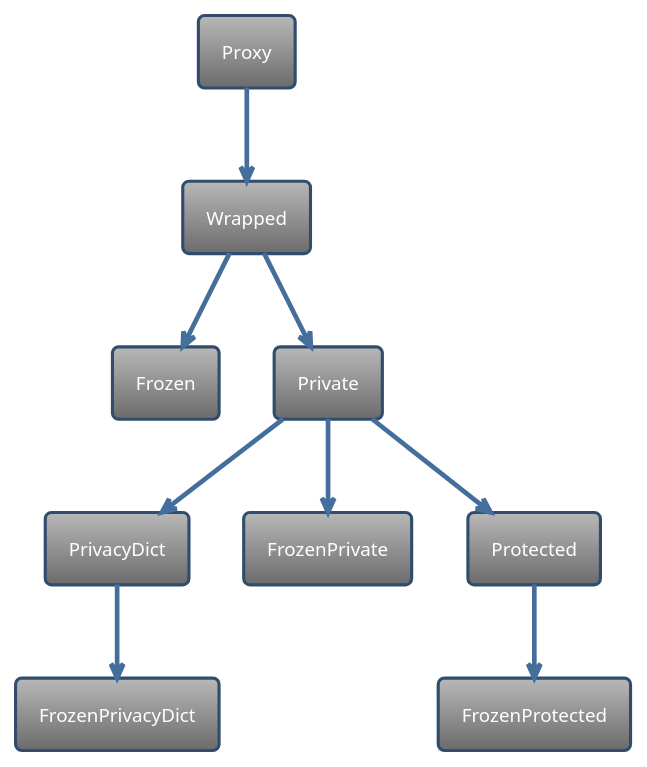
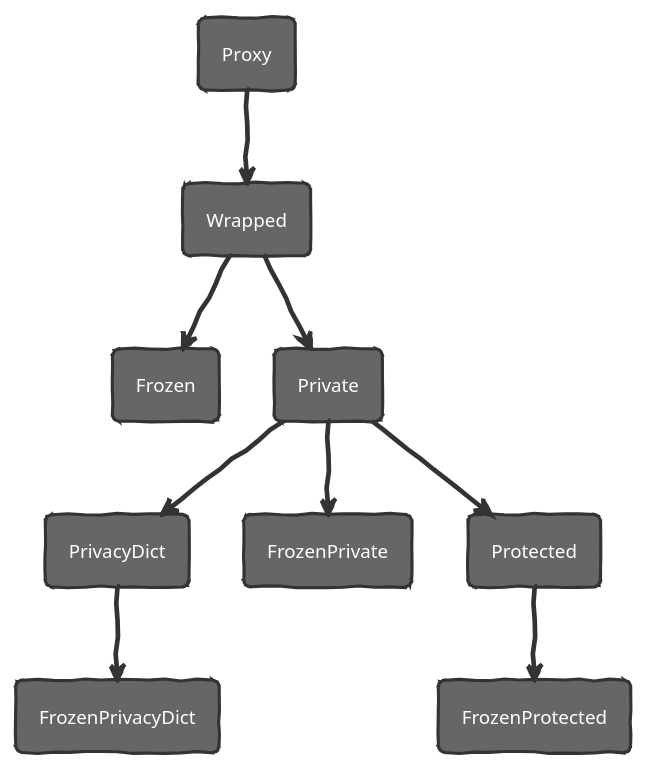
One commit to sundarnagarajan/pyprotect changed the diagram in classdiagram.puml. Above: the diagram before and after it, drawn with PlantUML.

Commit message:
Trying themes

```diff
--- a/classdiagram.puml
+++ b/classdiagram.puml
@@ -2,31 +2,31 @@
 @startuml
 ' Create classdiagram.svg using command:
 ' java -jar plantuml.jar -tsvg classdiagram.puml
 '!theme bluegray
-!theme spacelab
+!theme sketchy
 
 skinparam linetype polyline
 'skinparam linetype ortho
  
 rectangle Proxy
 rectangle Wrapped
 rectangle Frozen
 rectangle Private
 rectangle PrivacyDict
 rectangle FrozenPrivacyDict
 rectangle FrozenPrivate
 rectangle Protected
 rectangle FrozenProtected
 
 Proxy --> Wrapped
 Wrapped --> Frozen
 Wrapped --> Private
 
 Private --> PrivacyDict
 Private --> FrozenPrivate
 Private --> Protected
 
 PrivacyDict --> FrozenPrivacyDict
 Protected --> FrozenProtected
 
 @enduml
```
